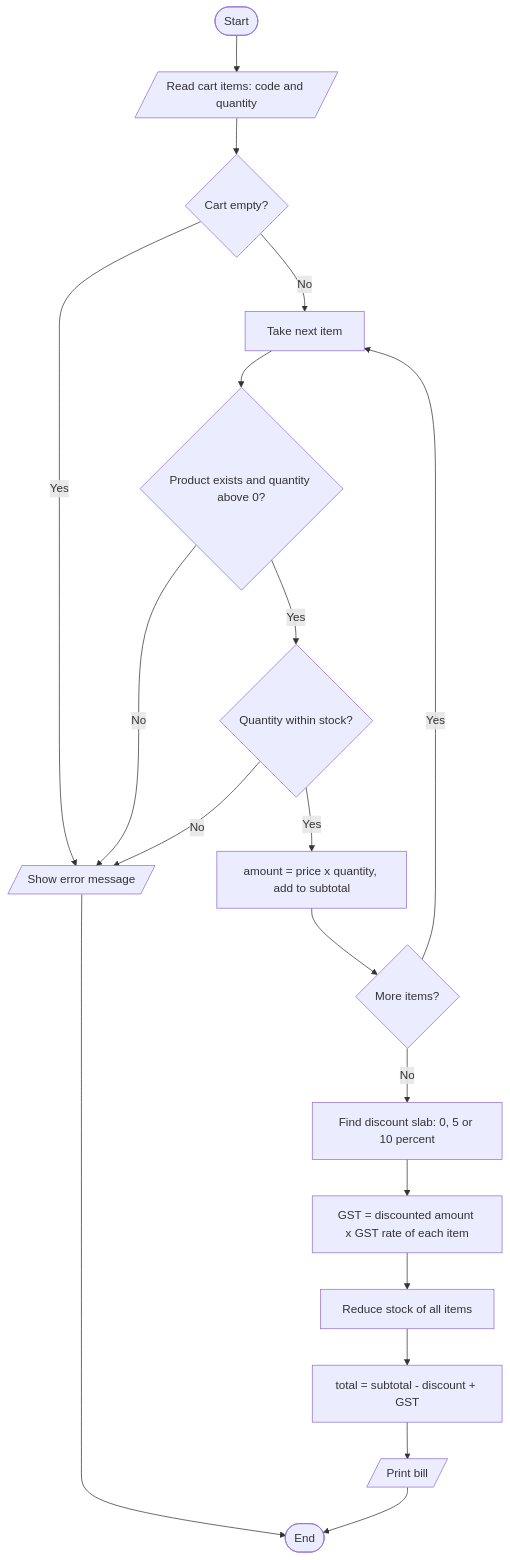
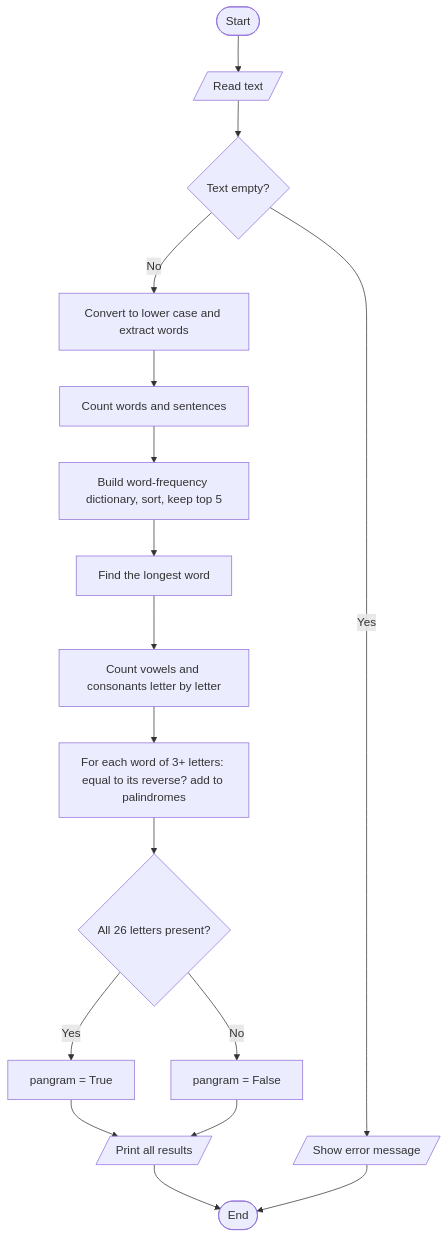
One commit to AtlaSwathi29/2026_27_CSE4-221_python_programming changed the diagram in README.md. Above: the diagram before and after it, drawn with Mermaid. The commit also changed other lines of this file and 4 other files, not shown here.

````diff
--- a/README.md
+++ b/README.md
@@ -59,21 +61,19 @@
 ```mermaid
 flowchart TD
-    A(["Start"]) --> B[/"Read cart items: code and quantity"/]
-    B --> C{"Cart empty?"}
+    A(["Start"]) --> B[/"Read text"/]
+    B --> C{"Text empty?"}
     C -- Yes --> ERR[/"Show error message"/]
-    C -- No --> D["Take next item"]
-    D --> E{"Product exists and quantity above 0?"}
-    E -- No --> ERR
-    E -- Yes --> F{"Quantity within stock?"}
-    F -- No --> ERR
-    F -- Yes --> G["amount = price x quantity, add to subtotal"]
-    G --> H{"More items?"}
-    H -- Yes --> D
-    H -- No --> I["Find discount slab: 0, 5 or 10 percent"]
-    I --> J["GST = discounted amount x GST rate of each item"]
-    J --> K["Reduce stock of all items"]
-    K --> L["total = subtotal - discount + GST"]
-    L --> M[/"Print bill"/]
+    C -- No --> D["Convert to lower case and extract words"]
+    D --> E["Count words and sentences"]
+    E --> F["Build word-frequency dictionary, sort, keep top 5"]
+    F --> G["Find the longest word"]
+    G --> H["Count vowels and consonants letter by letter"]
+    H --> I["For each word of 3+ letters: equal to its reverse? add to palindromes"]
+    I --> J{"All 26 letters present?"}
+    J -- Yes --> K["pangram = True"]
+    J -- No --> L["pangram = False"]
+    K --> M[/"Print all results"/]
+    L --> M
     M --> Z(["End"])
     ERR --> Z
 ```
````
